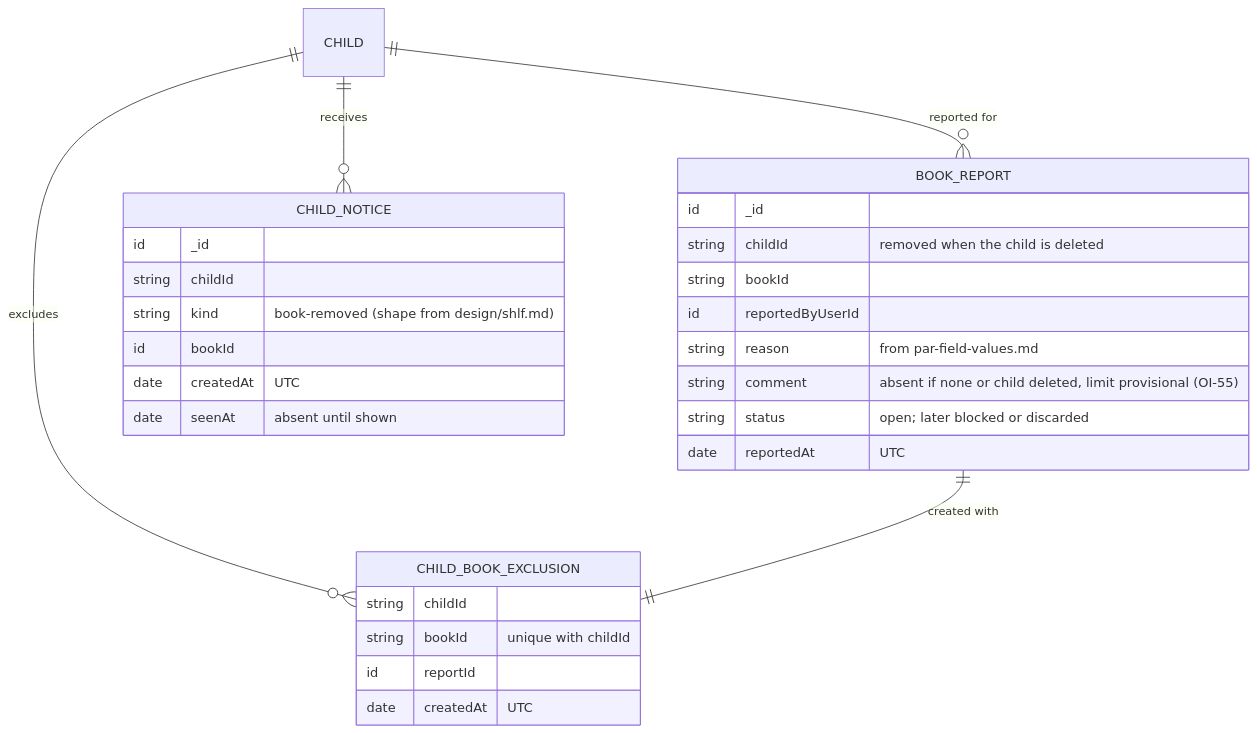
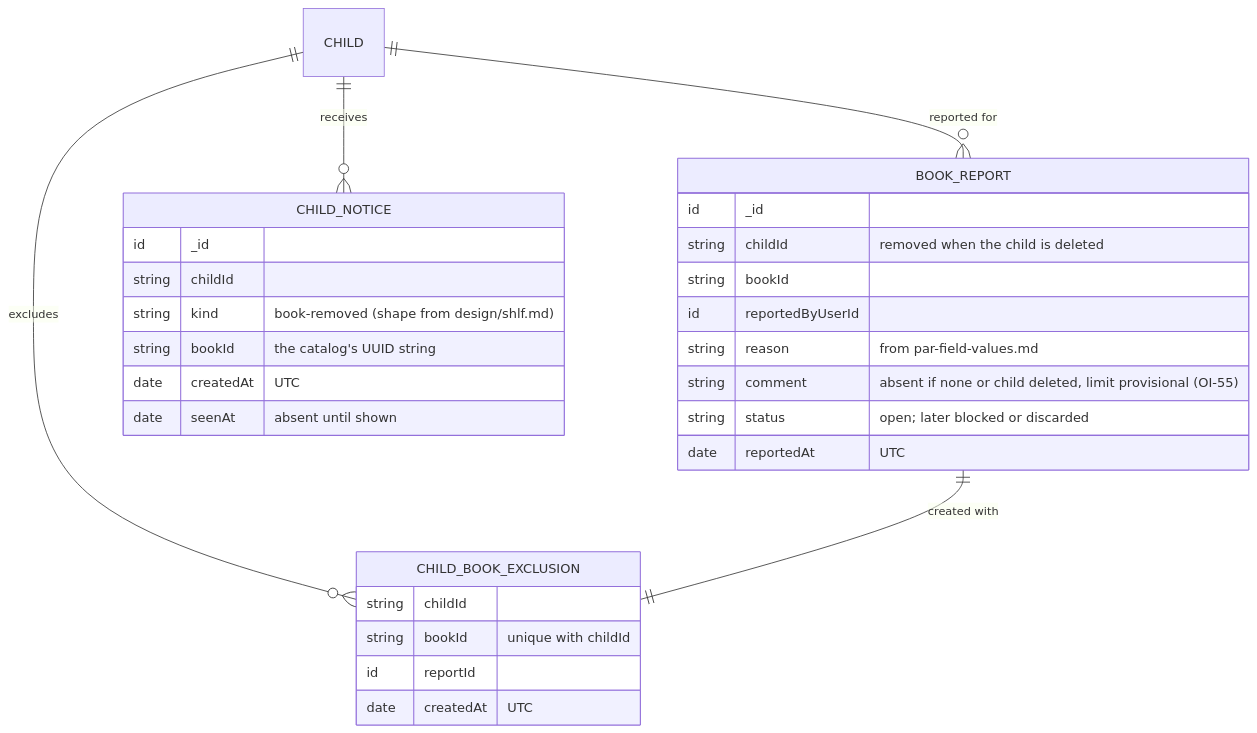
One commit to videogames21/book_buddies changed diagram 15 of 15 in design/par.md. Above: the diagram before and after it, drawn with Mermaid. The commit also changed other lines of this file and 2 other files, not shown here.

First line of the commit message:
docs(par): trace report-book PR 1 and record what the build changed

````diff
--- a/design/par.md
+++ b/design/par.md
@@ -1243,31 +1243,31 @@
 ```mermaid
 erDiagram
     CHILD ||--o{ BOOK_REPORT : "reported for"
     CHILD ||--o{ CHILD_BOOK_EXCLUSION : "excludes"
     BOOK_REPORT ||--|| CHILD_BOOK_EXCLUSION : "created with"
     CHILD ||--o{ CHILD_NOTICE : "receives"
     BOOK_REPORT {
         id _id
         string childId "removed when the child is deleted"
         string bookId
         id reportedByUserId
         string reason "from par-field-values.md"
         string comment "absent if none or child deleted, limit provisional (OI-55)"
         string status "open; later blocked or discarded"
         date reportedAt "UTC"
     }
     CHILD_BOOK_EXCLUSION {
         string childId
         string bookId "unique with childId"
         id reportId
         date createdAt "UTC"
     }
     CHILD_NOTICE {
         id _id
         string childId
         string kind "book-removed (shape from design/shlf.md)"
-        id bookId
+        string bookId "the catalog's UUID string"
         date createdAt "UTC"
         date seenAt "absent until shown"
     }
 ```
````
